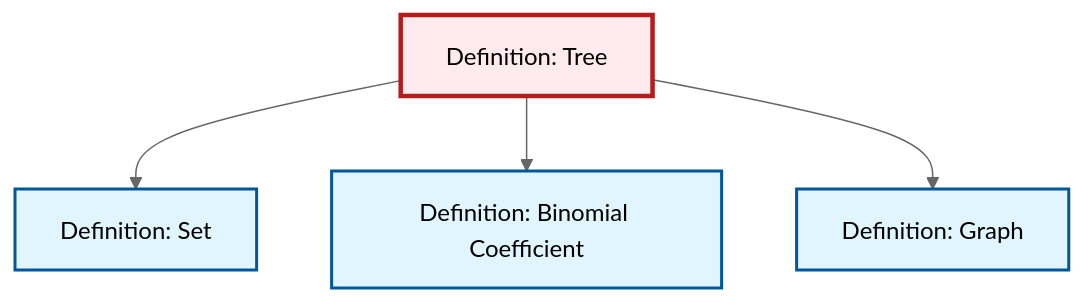
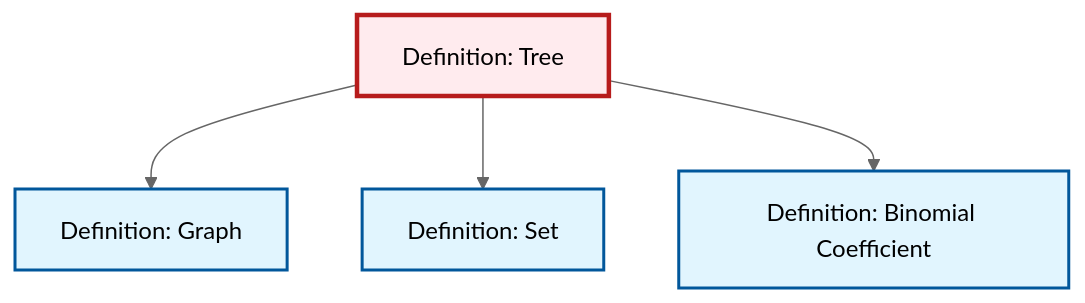
The diagram in content/en/combinatorics/def-tree.qmd (RK0429/ModernMath), drawn with Mermaid (neutral theme) before and after one commit. The commit also changed other lines of this file and 619 other files, not shown here.

````diff
--- a/content/en/combinatorics/def-tree.qmd
+++ b/content/en/combinatorics/def-tree.qmd
@@ -136,20 +136,20 @@
 ```{mermaid}
 %%| fig-cap: "Local dependency graph"
 graph TD
     classDef definition fill:#e1f5fe,stroke:#01579b,stroke-width:2px
     classDef theorem fill:#f3e5f5,stroke:#4a148c,stroke-width:2px
     classDef axiom fill:#fff3e0,stroke:#e65100,stroke-width:2px
     classDef example fill:#e8f5e9,stroke:#1b5e20,stroke-width:2px
     classDef current fill:#ffebee,stroke:#b71c1c,stroke-width:3px
+    def-binomial-coefficient["Definition: Binomial Coefficient"]:::definition
+    def-graph["Definition: Graph"]:::definition
     def-tree["Definition: Tree"]:::definition
     def-set["Definition: Set"]:::definition
-    def-graph["Definition: Graph"]:::definition
-    def-binomial-coefficient["Definition: Binomial Coefficient"]:::definition
+    def-tree --> def-graph
     def-tree --> def-set
     def-tree --> def-binomial-coefficient
-    def-tree --> def-graph
     class def-tree current
+    click def-binomial-coefficient "def-binomial-coefficient.html" "Go to Binomial Coefficient definition"
+    click def-graph "def-graph.html" "Go to Graph definition"
     click def-set "def-set.html" "Go to Set definition"
-    click def-graph "def-graph.html" "Go to Graph definition"
-    click def-binomial-coefficient "def-binomial-coefficient.html" "Go to Binomial Coefficient definition"
 ```
````
